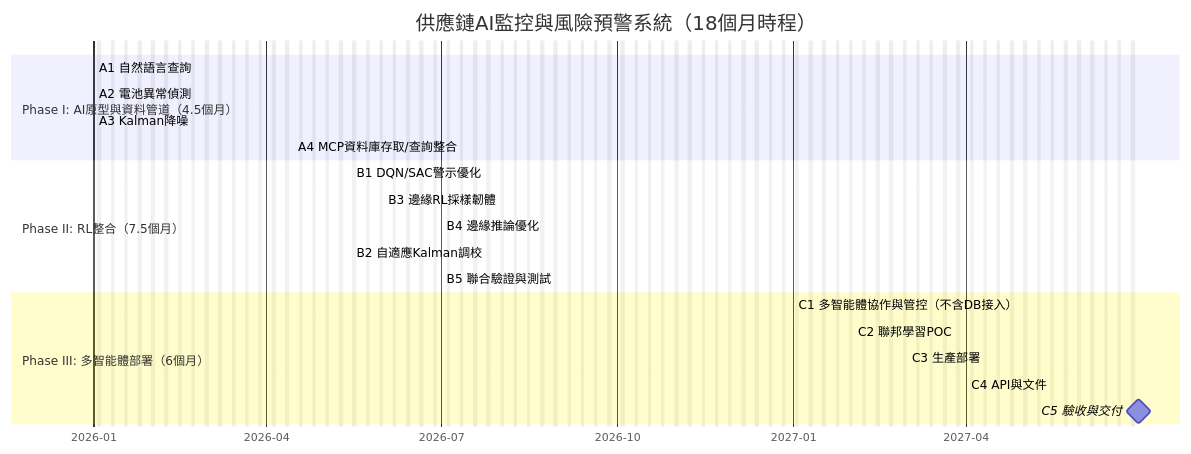
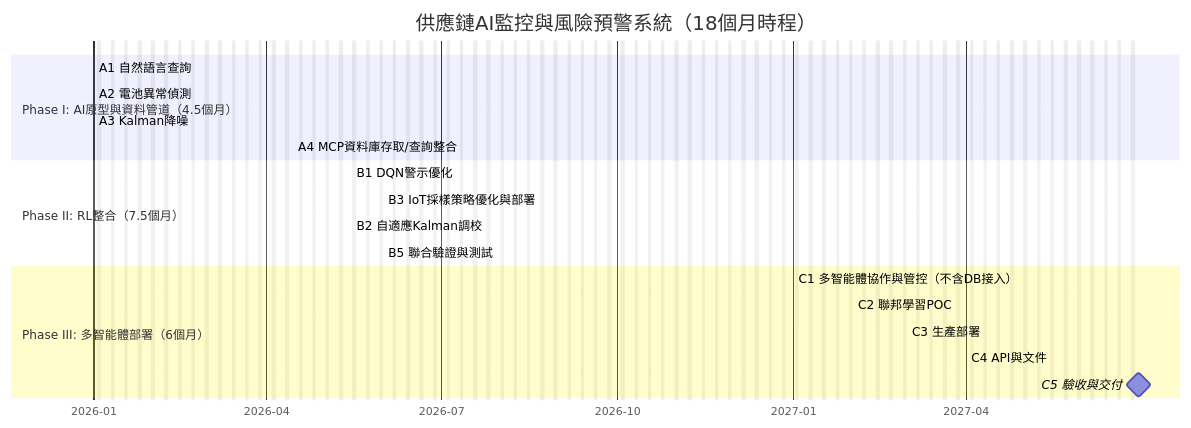
One commit to jshuo/ai-moea-proposal changed the diagram in proposal/AI應用躍昇計畫-計畫書-提交版.md. Above: the diagram before and after it, drawn with Mermaid. The commit also changed other lines of this file, not shown here.

````diff
--- a/proposal/AI應用躍昇計畫-計畫書-提交版.md
+++ b/proposal/AI應用躍昇計畫-計畫書-提交版.md
@@ -259,27 +258,26 @@
 ```mermaid
 gantt
     title 供應鏈AI監控與風險預警系統（18個月時程）
     dateFormat  YYYY-MM-DD
     axisFormat  %Y-%m
     excludes    weekends
 
     section Phase I: AI原型與資料管道（4.5個月）
     A1 自然語言查詢                 :a1, 2026-01-01, 3.5m
     A2 電池異常偵測                 :a2, 2026-01-01, 3.5m
     A3 Kalman降噪                   :a3, 2026-01-01, 3.0m
     A4 MCP資料庫存取/查詢整合        :a4, 2026-04-15, 1.0m
 
     section Phase II: RL整合（7.5個月）
-    B1 DQN/SAC警示優化              :b1, 2026-05-15, 4.0m
-    B3 邊緣RL採樣韌體               :b3, 2026-06-01, 3.0m
-    B4 邊緣推論優化                 :b4, 2026-07-01, 2.5m
+    B1 DQN警示優化              :b1, 2026-05-15, 4.0m
+    B3 IoT採樣策略優化與部署    :b3, 2026-06-01, 5.5m
     B2 自適應Kalman調校             :b2, 2026-05-15, 3.5m
-    B5 聯合驗證與測試               :b5, after b1 b3 b4 b2, 1.0m
+    B5 聯合驗證與測試               :b5, after b1 b3 b2, 1.0m
 
     section Phase III: 多智能體部署（6個月）
     C1 多智能體協作與管控（不含DB接入） :c1, 2027-01-01, 3.0m
     C2 聯邦學習POC                   :c2, 2027-02-01, 2.5m
     C3 生產部署                      :c3, 2027-03-01, 2.5m
     C4 API與文件                     :c4, 2027-04-01, 1.0m
     C5 驗收與交付                    :milestone, c5, 2027-06-30, 0d
 ```
````
